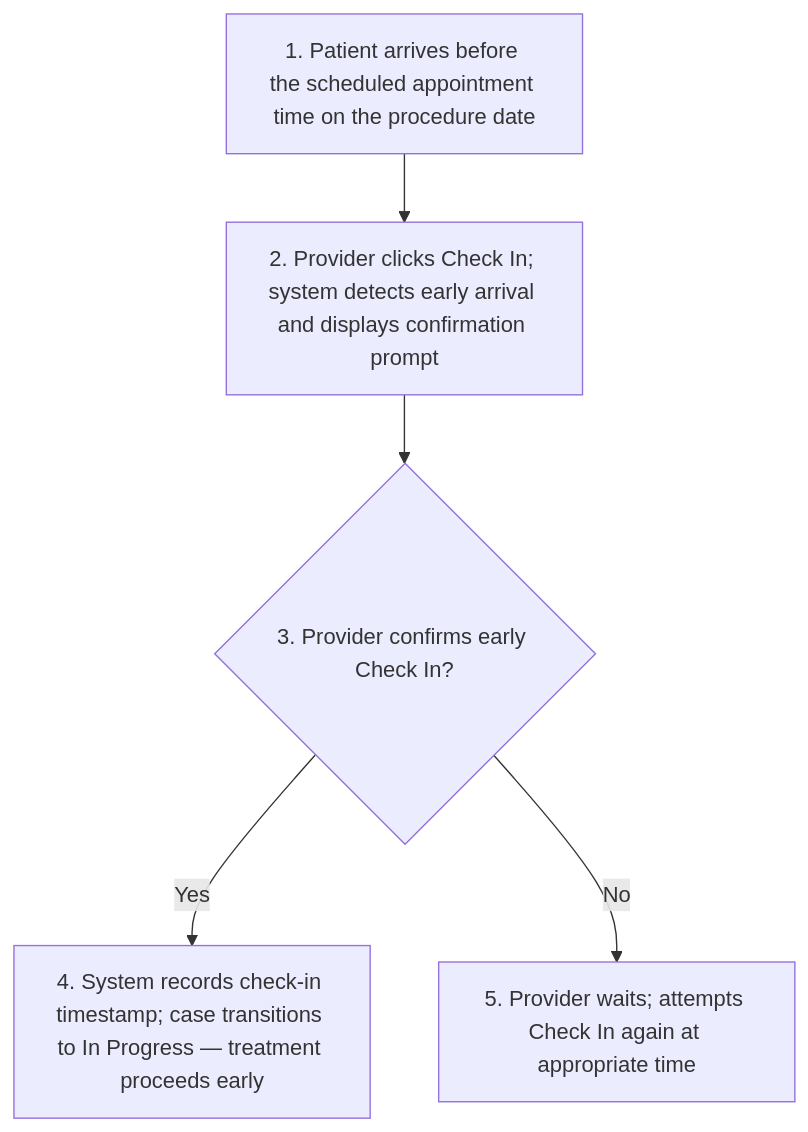
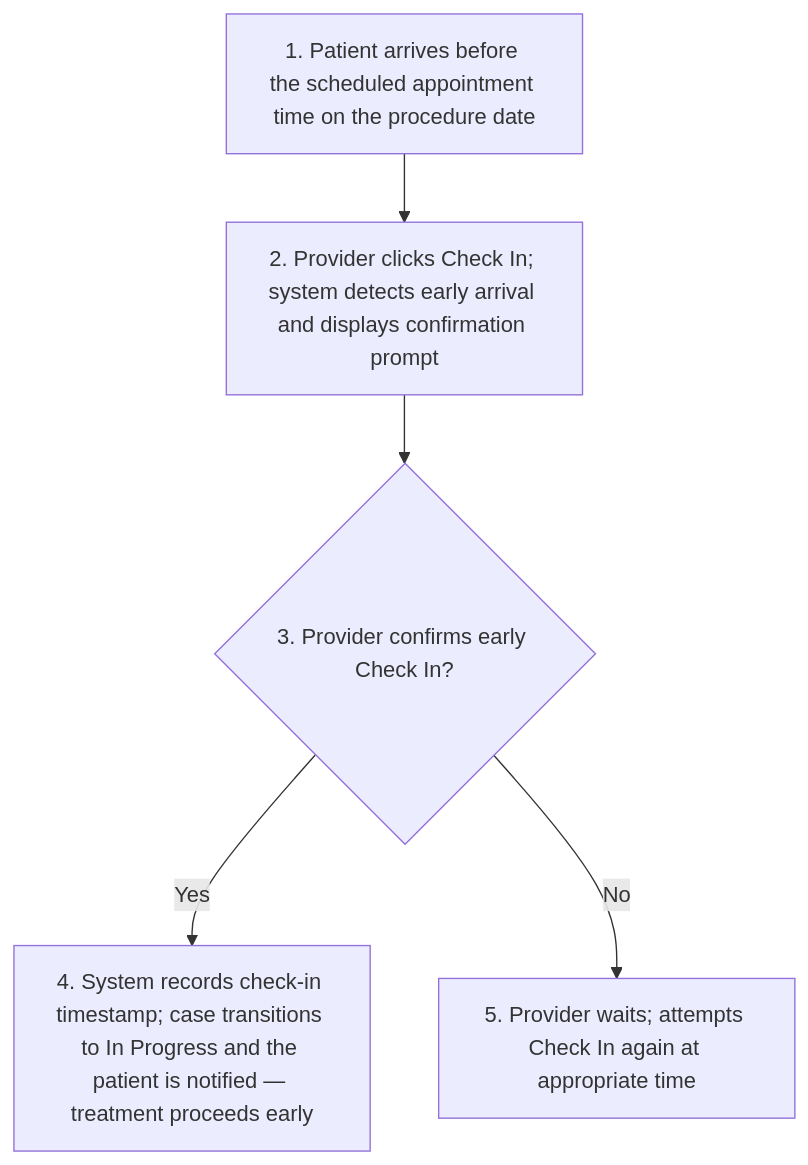
The second of 10 diagrams in project-requirements/functional-requirements/fr010-treatment-execution/prd.md (joachimtrungtuan/hairline-pm-docs), drawn with Mermaid before and after one commit. The commit also changed other lines of this file and 5 other files, not shown here.

````diff
--- a/project-requirements/functional-requirements/fr010-treatment-execution/prd.md
+++ b/project-requirements/functional-requirements/fr010-treatment-execution/prd.md
@@ -139,8 +139,8 @@
 ```mermaid
 flowchart TD
   A1S1["1. Patient arrives before the scheduled appointment time on the procedure date"] --> A1S2
   A1S2["2. Provider clicks Check In; system detects early arrival and displays confirmation prompt"] --> A1S3
   A1S3{"3. Provider confirms early Check In?"}
-  A1S3 -- Yes --> A1S4["4. System records check-in timestamp; case transitions to In Progress — treatment proceeds early"]
+  A1S3 -- Yes --> A1S4["4. System records check-in timestamp; case transitions to In Progress and the patient is notified — treatment proceeds early"]
   A1S3 -- No --> A1S5["5. Provider waits; attempts Check In again at appropriate time"]
 ```
````
